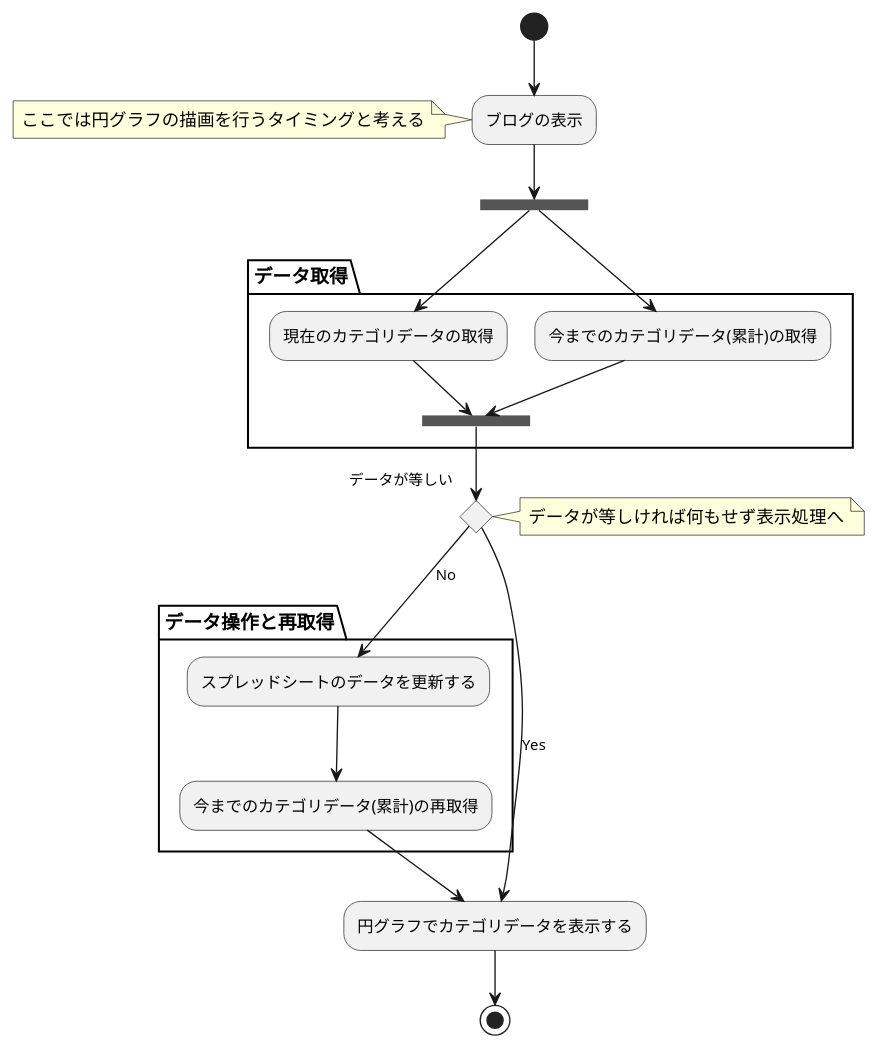
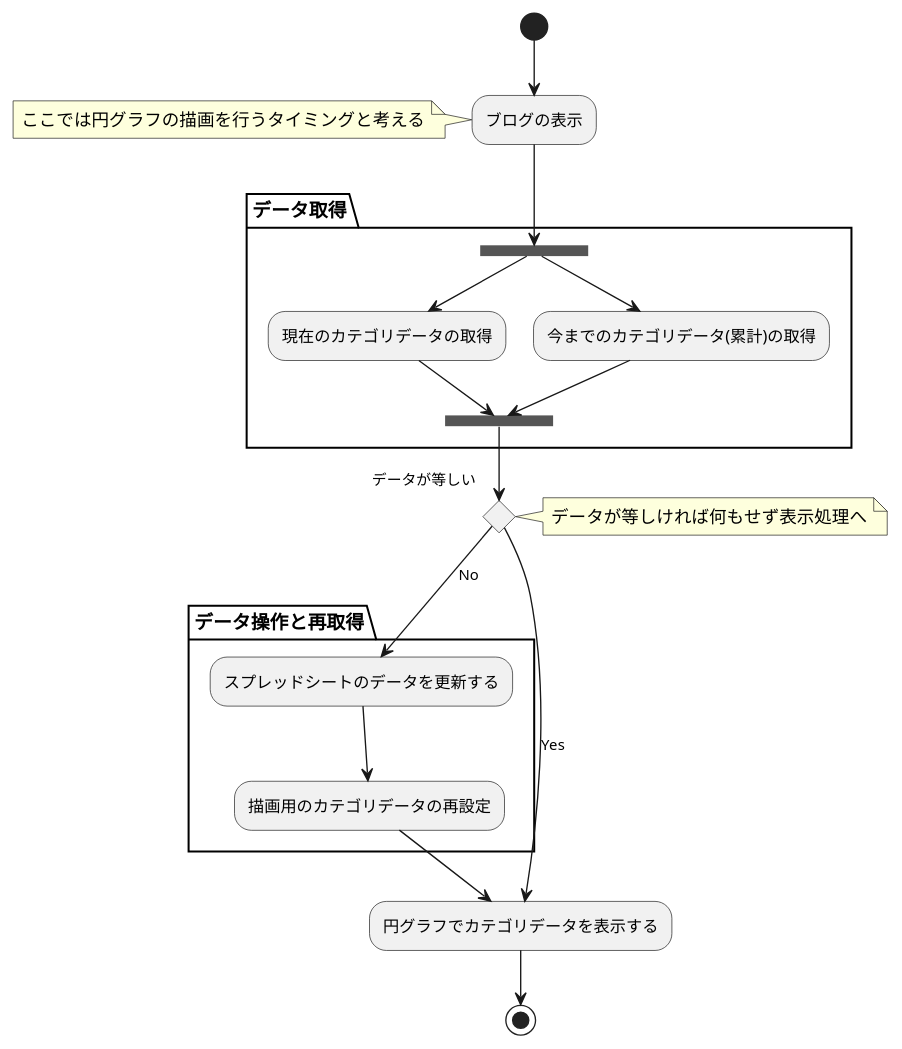
One commit to AmGacrux/HatenaBlog_CategoriesAggregation changed the diagram in activity.pu. Above: the diagram before and after it, drawn with PlantUML. The commit also changed 8 other files, not shown here.

```diff
--- a/activity.pu
+++ b/activity.pu
@@ -1,23 +1,23 @@
 @startuml Activity
 (*) --> "ブログの表示" 
 note left: ここでは円グラフの描画を行うタイミングと考える
+partition "データ取得" {
 "ブログの表示" --> ===fork===
-partition "データ取得" {
 ===fork=== --> "現在のカテゴリデータの取得"
 --> ===join===
 ===fork=== --> "今までのカテゴリデータ(累計)の取得"
 --> ===join===
 }
 
 if "データが等しい" then 
 note right: データが等しければ何もせず表示処理へ
 --> [Yes] "円グラフでカテゴリデータを表示する"
 else
 partition "データ操作と再取得" { 
 --> [No] "スプレッドシートのデータを更新する" 
---> "今までのカテゴリデータ(累計)の再取得"
+--> "描画用のカテゴリデータの再設定"
 --> "円グラフでカテゴリデータを表示する" 
 }
 endif
 --> (*)
 @enduml
```
